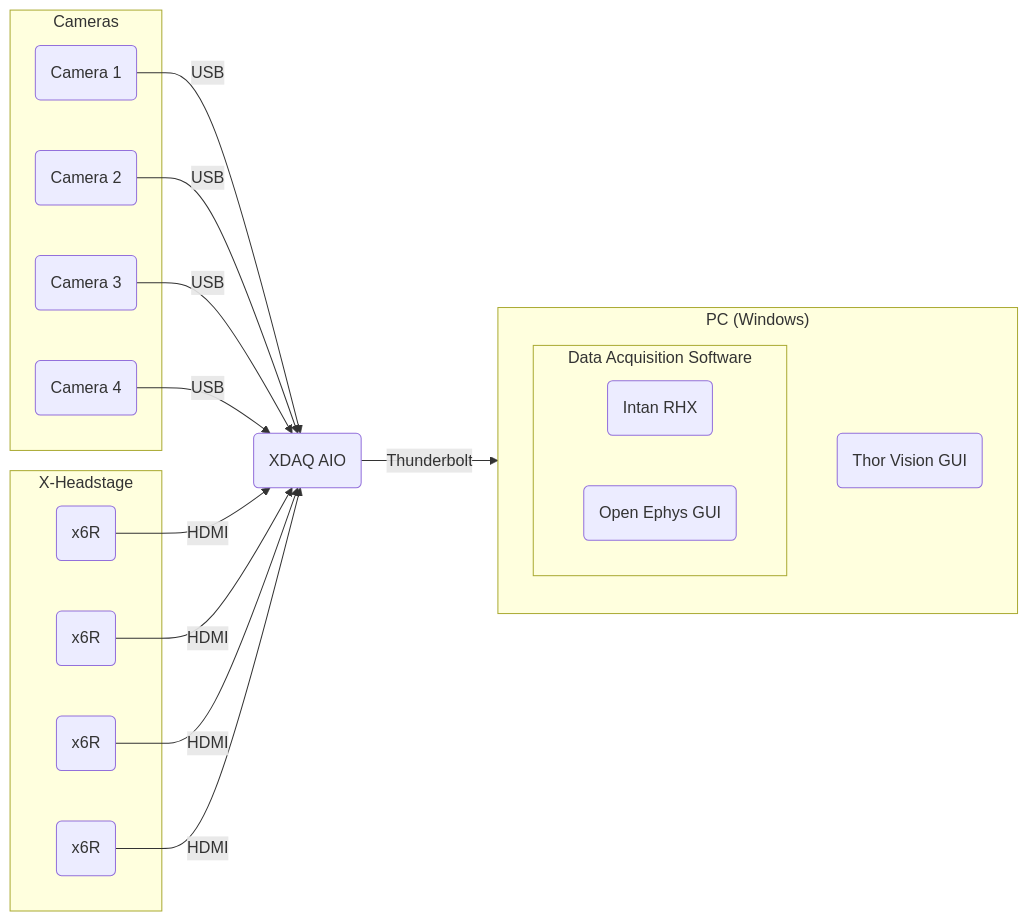
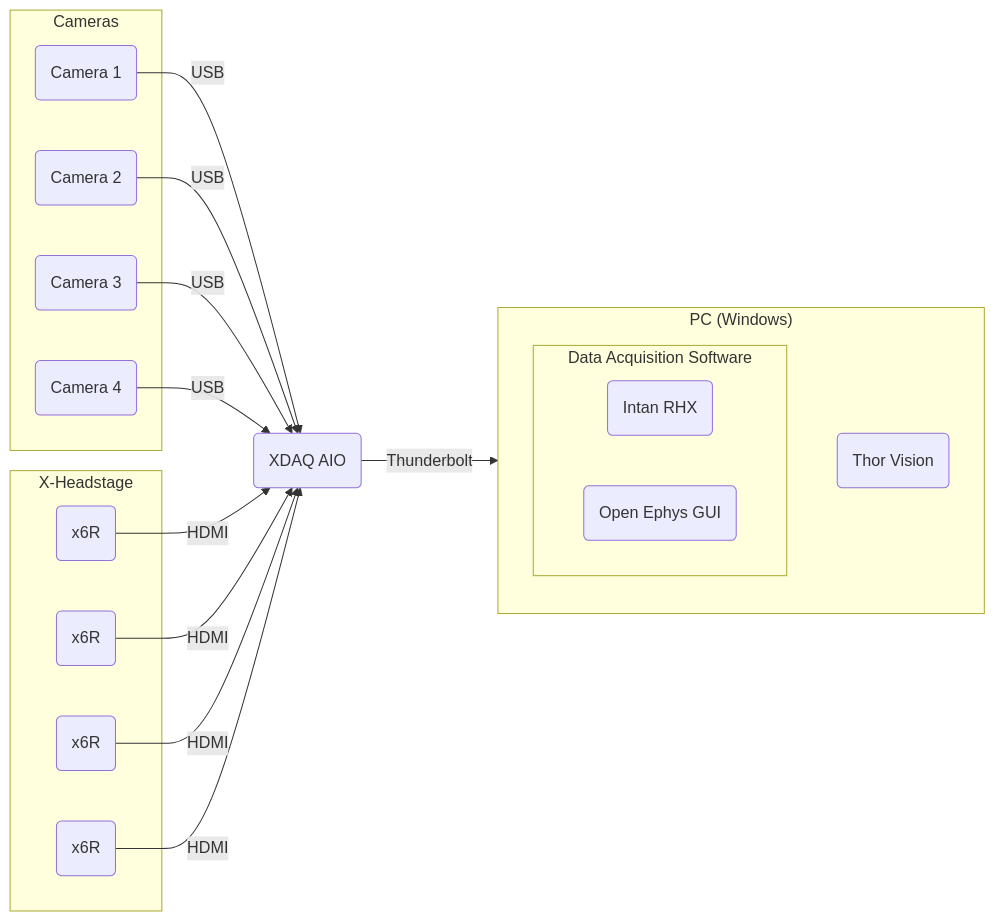
One commit to kontex-neuro/ThorVision changed the diagram in docs/docs/user-manual.md. Above: the diagram before and after it, drawn with Mermaid. The commit also changed other lines of this file and 14 other files, not shown here.

````diff
--- a/docs/docs/user-manual.md
+++ b/docs/docs/user-manual.md
@@ -7,42 +7,42 @@
 ```mermaid
 graph LR;
     subgraph PC["PC (Windows)"]
-        TV(Thor Vision GUI)
+        TV(Thor Vision)
         subgraph DA[Data Acquisition Software]
             RHX(Intan RHX)
             OE(Open Ephys GUI)
         end
     end
 
     XDAQ(XDAQ AIO)
 
     subgraph CAMS[Cameras]
         CAM1(Camera 1)
         CAM2(Camera 2)
         CAM3(Camera 3)
         CAM4(Camera 4)
     end
 
     subgraph XH[X-Headstage]
         x6R1(x6R)
         x6R2(x6R)
         x6R3(x6R)
         x6R4(x6R)
     end
 
     XDAQ -->|Thunderbolt| PC;
     CAM1 -->|USB| XDAQ;
     CAM2 -->|USB| XDAQ;
     CAM3 -->|USB| XDAQ;
     CAM4 -->|USB| XDAQ;
 
     x6R1 -->|HDMI| XDAQ;
     x6R2 -->|HDMI| XDAQ;
     x6R3 -->|HDMI| XDAQ;
     x6R4 -->|HDMI| XDAQ;
 
     click XDAQ "https://kontex.io/pages/xdaq" "Go to XDAQ page" _blank
     click RHX "https://intantech.com/RHX_software.html" "Go to Intan RHX page" _blank
     click OE "https://open-ephys.org/gui" "Go to Open Ephys GUI page" _blank
-    click TV "https://github.com/kontex-neuro/ThorVision" "Go to Thor Vision GUI page" _blank
+    click TV "https://github.com/kontex-neuro/ThorVision" "Go to Thor Vision page" _blank
 ```
````
